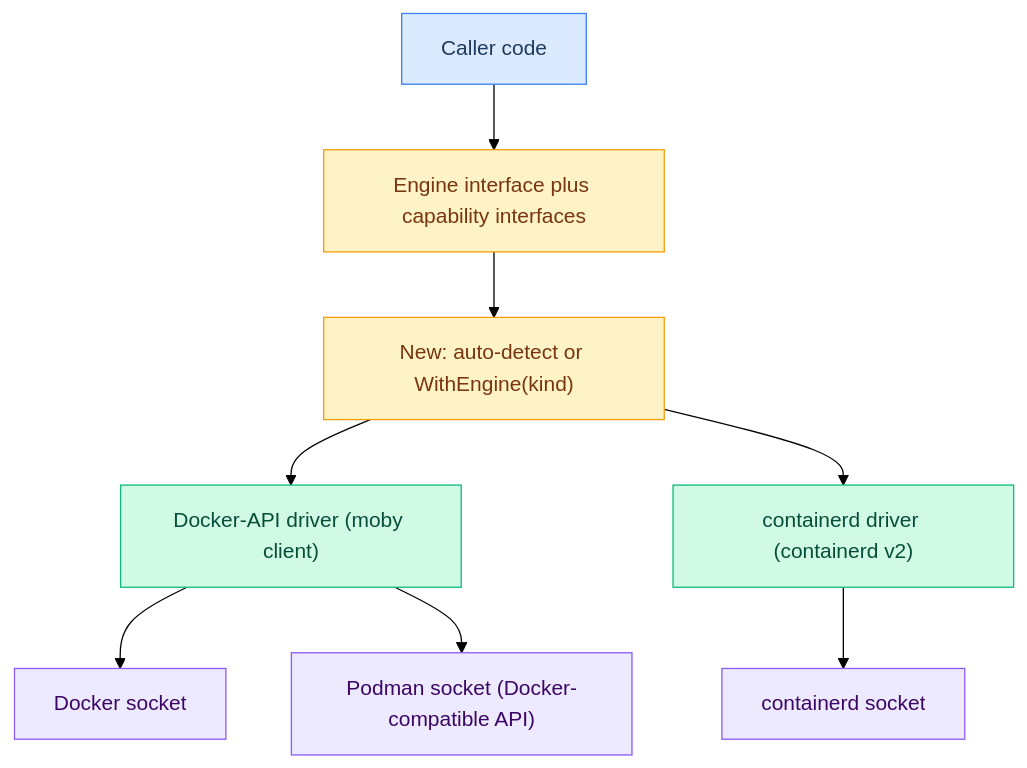
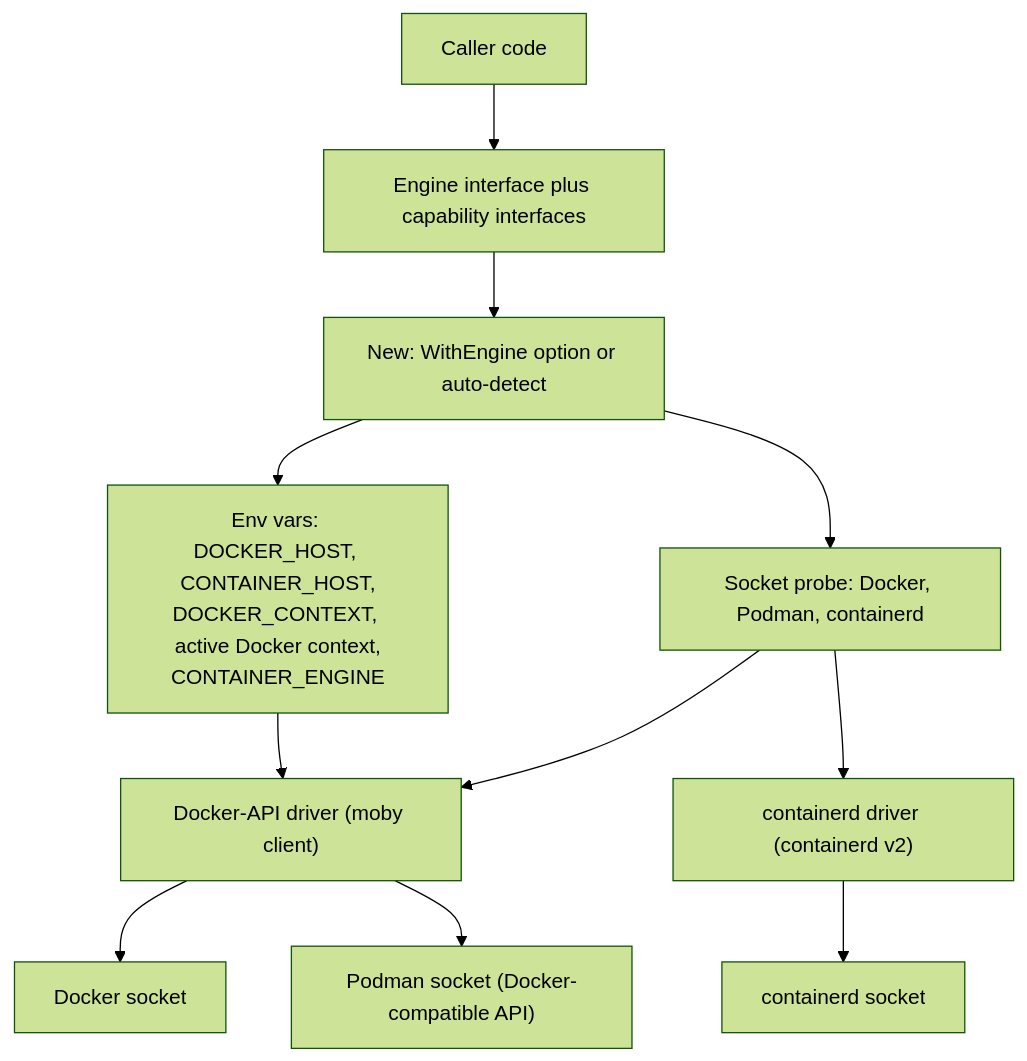
The diagram in README.md (gopherly/currus), drawn with Mermaid (forest theme) before and after one commit. The commit also changed other lines of this file and 13 other files, not shown here.

````diff
--- a/README.md
+++ b/README.md
@@ -43,19 +43,13 @@
 ```mermaid
 flowchart TD
     caller["Caller code"] --> api["Engine interface plus capability interfaces"]
-    api --> sel["New: auto-detect or WithEngine(kind)"]
-    sel --> dockerDrv["Docker-API driver (moby client)"]
-    sel --> ctrdDrv["containerd driver (containerd v2)"]
+    api --> sel["New: WithEngine option or auto-detect"]
+    sel --> envVars["Env vars: DOCKER_HOST, CONTAINER_HOST,\nDOCKER_CONTEXT, active Docker context,\nCONTAINER_ENGINE"]
+    envVars --> dockerDrv["Docker-API driver (moby client)"]
+    sel --> sockProbe["Socket probe: Docker, Podman, containerd"]
+    sockProbe --> dockerDrv
+    sockProbe --> ctrdDrv["containerd driver (containerd v2)"]
     dockerDrv --> dockerSock["Docker socket"]
     dockerDrv --> podmanSock["Podman socket (Docker-compatible API)"]
     ctrdDrv --> ctrdSock["containerd socket"]
-
-    style caller fill:#dbeafe,stroke:#3b82f6,color:#1e3a5f
-    style api fill:#fef3c7,stroke:#f59e0b,color:#78350f
-    style sel fill:#fef3c7,stroke:#f59e0b,color:#78350f
-    style dockerDrv fill:#d1fae5,stroke:#10b981,color:#064e3b
-    style ctrdDrv fill:#d1fae5,stroke:#10b981,color:#064e3b
-    style dockerSock fill:#ede9fe,stroke:#8b5cf6,color:#3b0764
-    style podmanSock fill:#ede9fe,stroke:#8b5cf6,color:#3b0764
-    style ctrdSock fill:#ede9fe,stroke:#8b5cf6,color:#3b0764
 ```
````
